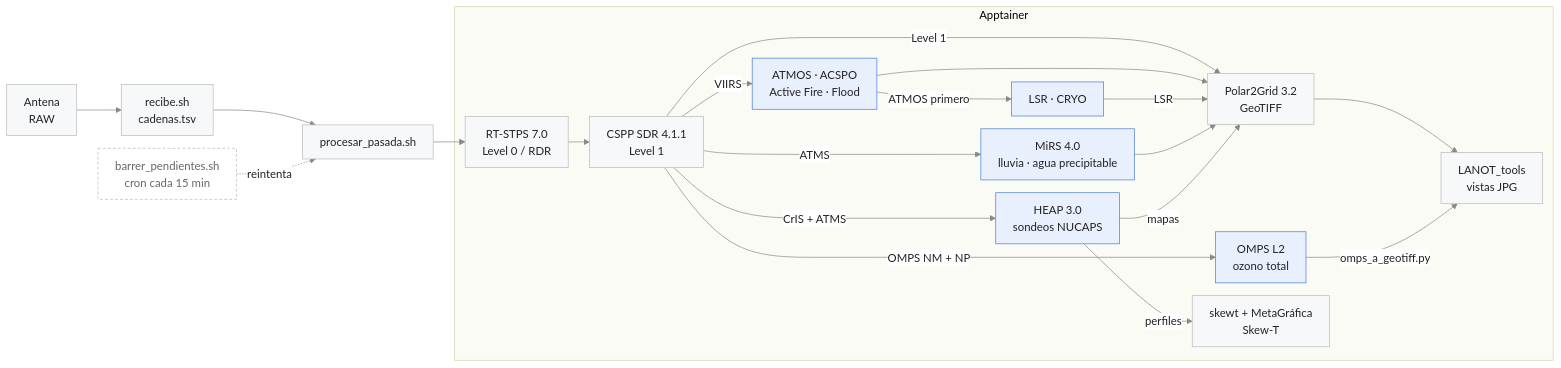
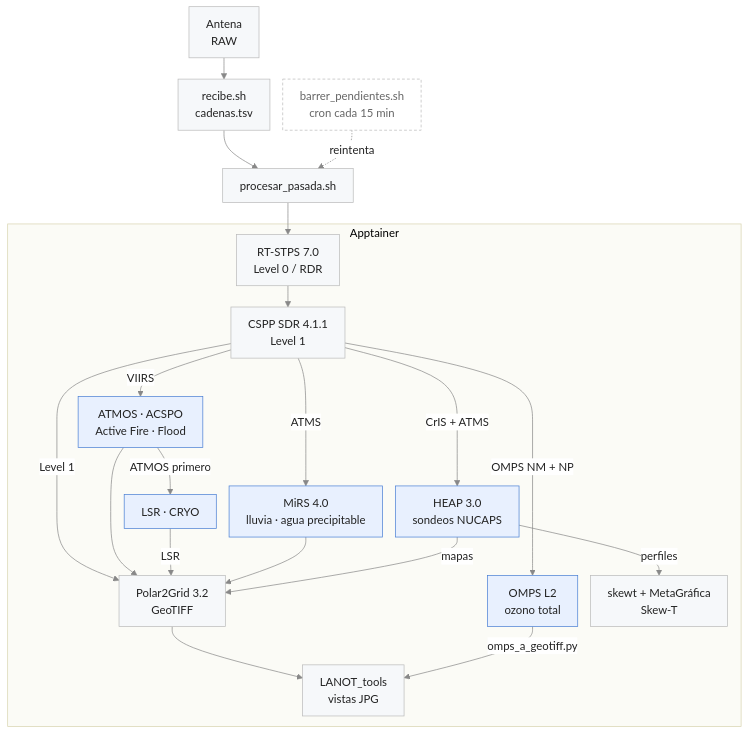
One commit to LANOT-UNAM/LANOT_procesamiento_polar changed the diagram in README.md. Above: the diagram before and after it, drawn with Mermaid.

Commit message:
README: el diagrama de la cadena, vertical
En horizontal se extendía demasiado y costaba leerlo.

````diff
--- a/README.md
+++ b/README.md
@@ -31,31 +31,31 @@
 ```mermaid
 %%{init: {"theme": "base", "flowchart": {"curve": "basis", "nodeSpacing": 18, "rankSpacing": 30, "padding": 12}, "themeVariables": {"primaryColor": "#f6f8fa", "primaryBorderColor": "#bbbbbb", "primaryTextColor": "#222222", "lineColor": "#888888", "clusterBkg": "#fbfbf6", "clusterBorder": "#d8d4b0", "edgeLabelBackground": "#ffffff"}}}%%
-flowchart LR
+flowchart TD
     A["Antena<br/>RAW"] --> R["recibe.sh<br/>cadenas.tsv"]
     R --> D["procesar_pasada.sh"]
     Z["barrer_pendientes.sh<br/>cron cada 15 min"] -.->|reintenta| D
 
     subgraph AP["Apptainer"]
         B["RT-STPS 7.0<br/>Level 0 / RDR"] --> C["CSPP SDR 4.1.1<br/>Level 1"]
         C -->|VIIRS| V["ATMOS · ACSPO<br/>Active Fire · Flood"]
         V -->|ATMOS primero| L["LSR · CRYO"]
         C -->|ATMS| MI["MiRS 4.0<br/>lluvia · agua precipitable"]
         C -->|CrIS + ATMS| N["HEAP 3.0<br/>sondeos NUCAPS"]
         C -->|OMPS NM + NP| O["OMPS L2<br/>ozono total"]
         C -->|Level 1| P["Polar2Grid 3.2<br/>GeoTIFF"]
         V --> P
         L -->|LSR| P
         MI --> P
         N -->|mapas| P
         N -->|perfiles| K["skewt + MetaGráfica<br/>Skew-T"]
         P --> M["LANOT_tools<br/>vistas JPG"]
         O -->|omps_a_geotiff.py| M
     end
 
     D --> B
 
     classDef l2 fill:#e8f0fe,stroke:#4a7fd4
     classDef aux fill:#ffffff,stroke:#bbbbbb,stroke-dasharray:4 3,color:#666666
     class V,L,MI,N,O l2
     class Z aux
 ```
````
